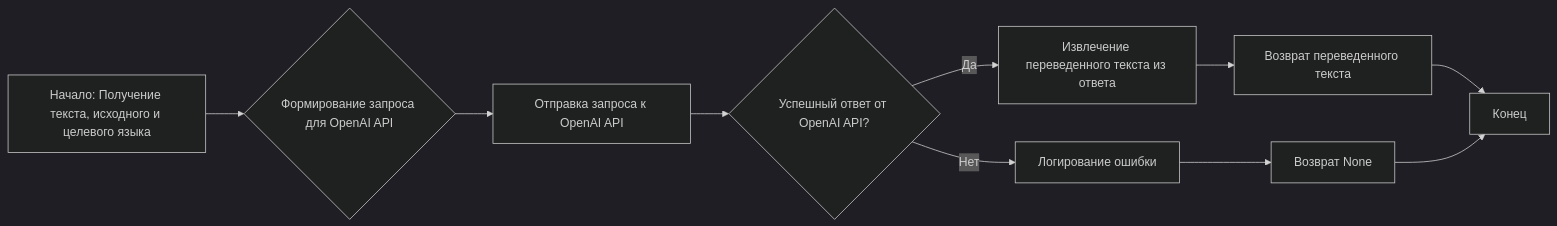
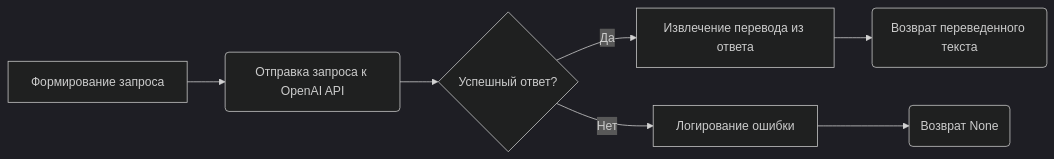
The diagram in docs/gemini/ru/doc/src/ai/openai/translator.py.md (hypo69/hypo), drawn with Mermaid (dark theme) before and after one commit. The commit also changed other lines of this file and 551 other files, not shown here.

````diff
--- a/docs/gemini/ru/doc/src/ai/openai/translator.py.md
+++ b/docs/gemini/ru/doc/src/ai/openai/translator.py.md
@@ -62,12 +62,9 @@
 ```mermaid
 graph LR
-A[Начало: Получение текста, исходного и целевого языка] --> B{Формирование запроса для OpenAI API};
-B --> C[Отправка запроса к OpenAI API];
-C --> D{Успешный ответ от OpenAI API?};
-D -- Да --> E[Извлечение переведенного текста из ответа];
-E --> G[Возврат переведенного текста];
-D -- Нет --> F[Логирование ошибки];
-F --> H[Возврат None];
-G --> I[Конец];
-H --> I;
+    A[Формирование запроса] --> B(Отправка запроса к OpenAI API)
+    B --> C{Успешный ответ?}
+    C -- Да --> D[Извлечение перевода из ответа]
+    D --> E(Возврат переведенного текста)
+    C -- Нет --> F[Логирование ошибки]
+    F --> G(Возврат None)
 ```
````
